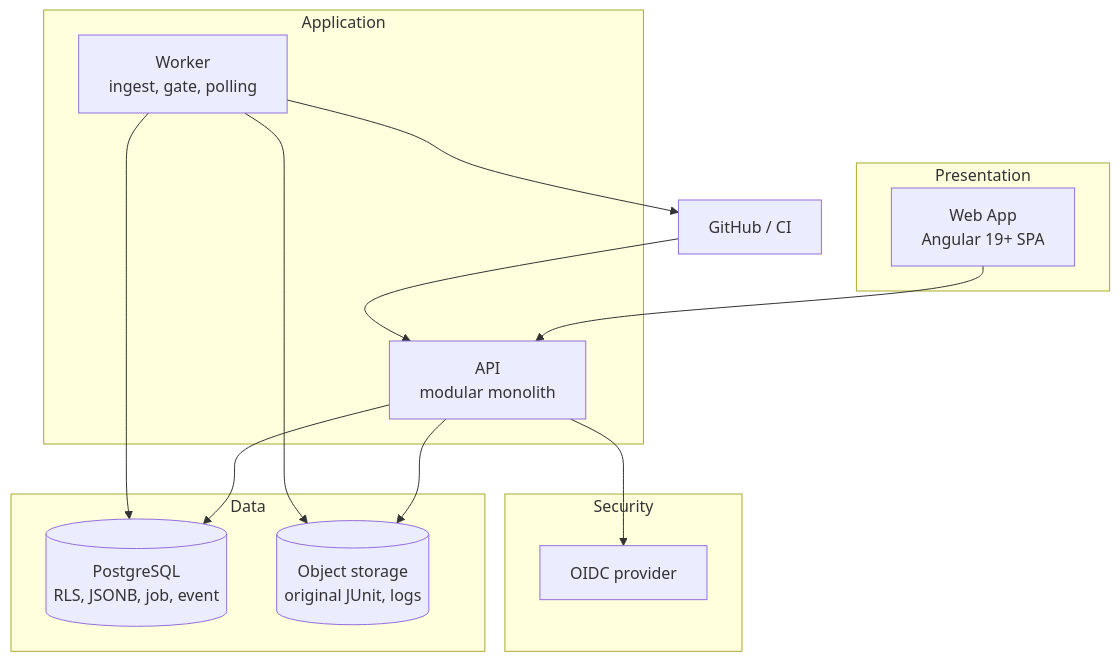
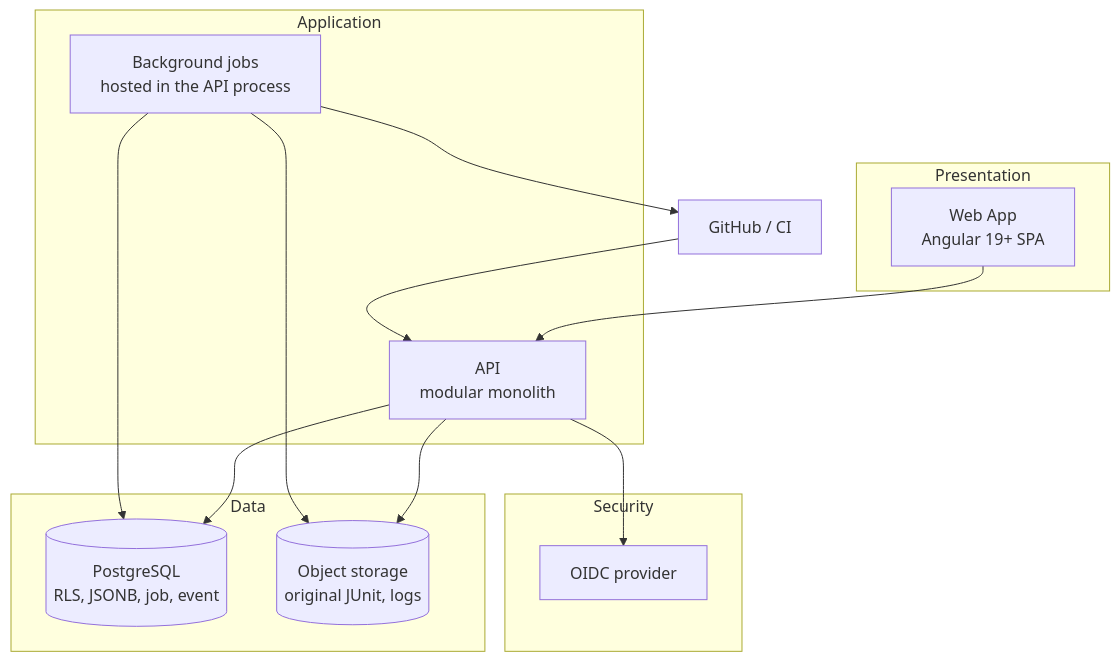
Diagram 11 of 21 in README.md (tungld9999blacksmith/Strata), drawn with Mermaid before and after one commit. The commit also changed other lines of this file and 3 other files, not shown here.

````diff
--- a/README.md
+++ b/README.md
@@ -753,25 +753,25 @@
 ```mermaid
 flowchart TB
     subgraph PRES["Presentation"]
         WEB["Web App<br/>Angular 19+ SPA"]
     end
     subgraph APP["Application"]
         API["API<br/>modular monolith"]
-        WRK["Worker<br/>ingest, gate, polling"]
+        WRK["Background jobs<br/>hosted in the API process"]
     end
     subgraph SEC["Security"]
         OIDC["OIDC provider"]
     end
     subgraph DATA["Data"]
         PG[("PostgreSQL<br/>RLS, JSONB, job, event")]
         OBJ[("Object storage<br/>original JUnit, logs")]
     end
     WEB --> API
     API --> OIDC
     API --> PG
     API --> OBJ
     WRK --> PG
     WRK --> OBJ
     GH["GitHub / CI"] --> API
     WRK --> GH
 ```
````
